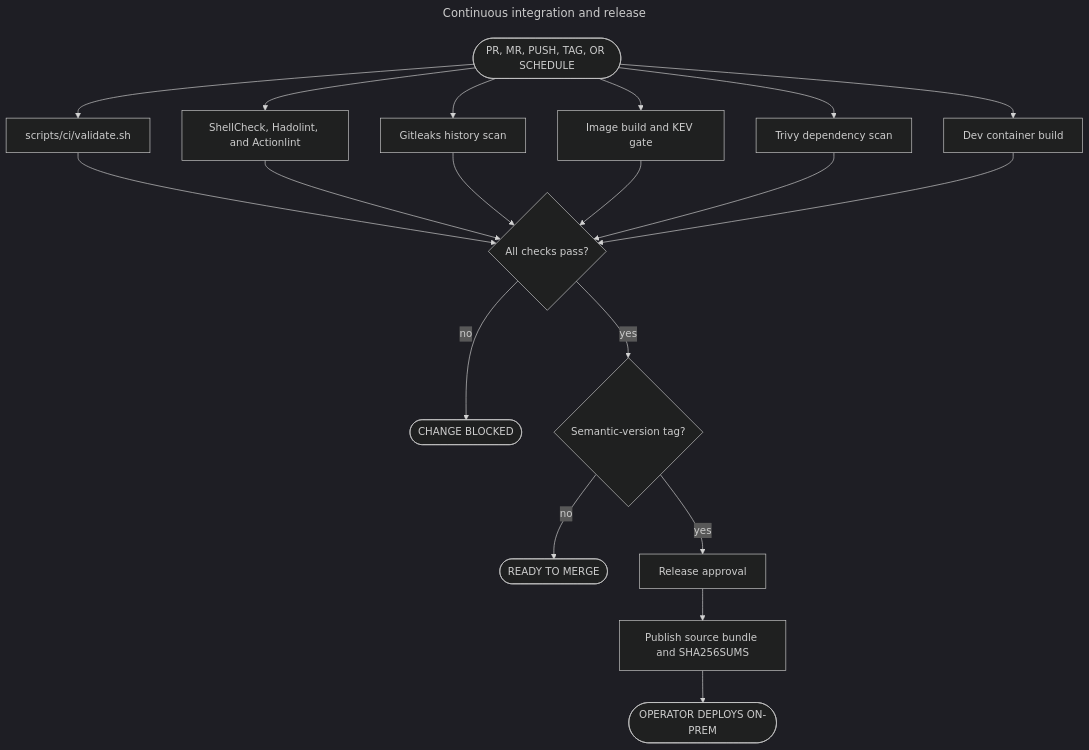
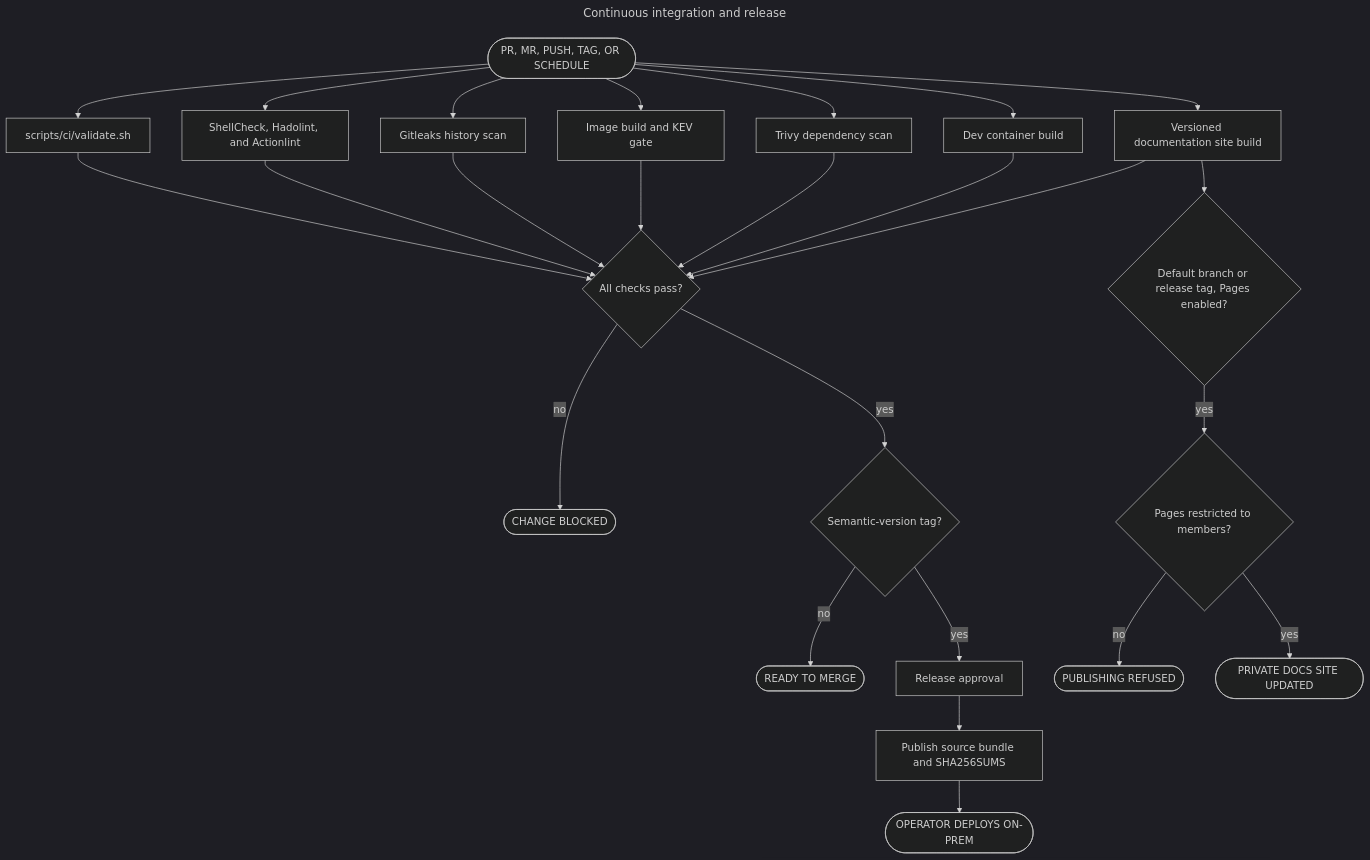
One commit to bella-1337/effective-spoon changed the diagram in diagrams/20-ci-release-flow.mmd. Above: the diagram before and after it, drawn with Mermaid (dark theme). The commit also changed 31 other files, not shown here.

```diff
--- a/diagrams/20-ci-release-flow.mmd
+++ b/diagrams/20-ci-release-flow.mmd
@@ -1,41 +1,52 @@
 ---
 title: Continuous integration and release
 ---
 flowchart TD
   %% Source for 20-ci-release-flow.html. Edit this file, then run ./scripts/render-diagrams.py.
   %% Directives: docs in diagrams/README.md (Updating diagrams).
-  %% @subtitle Identical GitHub Actions and GitLab CI pipelines, and where a human still deploys
+  %% @subtitle Identical GitHub Actions and GitLab CI pipelines, the private documentation site, and where a human still deploys
 
   S(["PR, MR, PUSH, TAG, OR SCHEDULE"])
   VAL["scripts/ci/validate.sh"]
   LINT["ShellCheck, Hadolint, and Actionlint"]
   SEC["Gitleaks history scan"]
   IMG["Image build and KEV gate"]
   DEP["Trivy dependency scan"]
   DC["Dev container build"]
+  DOCS["Versioned documentation site build"]
   PASS{"All checks pass?"}
   RED(["CHANGE BLOCKED"])
   TAG{"Semantic-version tag?"}
   MERGE(["READY TO MERGE"])
   APR["Release approval"]
   PUB["Publish source bundle and SHA256SUMS"]
   E(["OPERATOR DEPLOYS ON-PREM"])
+  PG{"Default branch or release tag, Pages enabled?"}
+  PRIV{"Pages restricted to members?"}
+  REFUSE(["PUBLISHING REFUSED"])
+  SITE(["PRIVATE DOCS SITE UPDATED"])
 
   S --> VAL
   S --> LINT
   S --> SEC
   S --> IMG
   S --> DEP
   S --> DC
+  S --> DOCS
   VAL --> PASS
   LINT --> PASS
   SEC --> PASS
   IMG --> PASS
   DEP --> PASS
   DC --> PASS
+  DOCS --> PASS
+  DOCS --> PG
+  PG -->|"yes"| PRIV
+  PRIV -->|"yes"| SITE
+  PRIV -->|"no"| REFUSE
   PASS -->|"no"| RED
   PASS -->|"yes"| TAG
   TAG -->|"no"| MERGE
   TAG -->|"yes"| APR
   APR --> PUB
   PUB --> E
```
